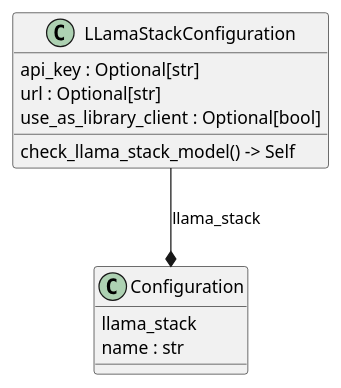
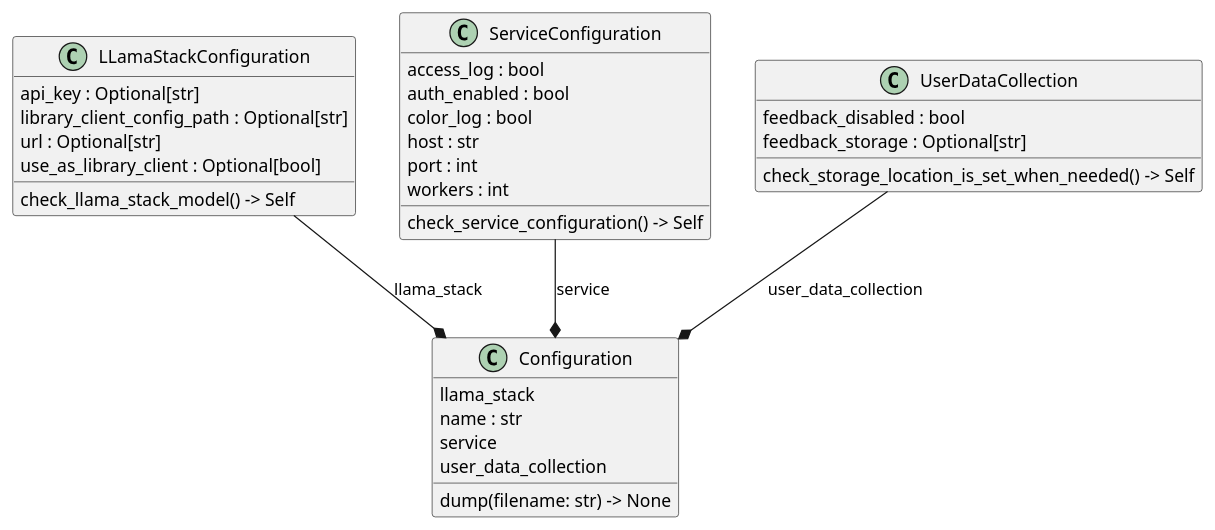
Before and after one commit to zszabo-rh/lightspeed-stack: the diagram in docs/config.puml, drawn with PlantUML. The commit also changed 1 other file, not shown here.

Commit message:
Regenerated config diagram

```diff
--- a/docs/config.puml
+++ b/docs/config.puml
@@ -1,14 +1,34 @@
 @startuml classes
 set namespaceSeparator none
 class "Configuration" as src.models.config.Configuration {
   llama_stack
   name : str
+  service
+  user_data_collection
+  dump(filename: str) -> None
 }
 class "LLamaStackConfiguration" as src.models.config.LLamaStackConfiguration {
   api_key : Optional[str]
+  library_client_config_path : Optional[str]
   url : Optional[str]
   use_as_library_client : Optional[bool]
   check_llama_stack_model() -> Self
 }
+class "ServiceConfiguration" as src.models.config.ServiceConfiguration {
+  access_log : bool
+  auth_enabled : bool
+  color_log : bool
+  host : str
+  port : int
+  workers : int
+  check_service_configuration() -> Self
+}
+class "UserDataCollection" as src.models.config.UserDataCollection {
+  feedback_disabled : bool
+  feedback_storage : Optional[str]
+  check_storage_location_is_set_when_needed() -> Self
+}
 src.models.config.LLamaStackConfiguration --* src.models.config.Configuration : llama_stack
+src.models.config.ServiceConfiguration --* src.models.config.Configuration : service
+src.models.config.UserDataCollection --* src.models.config.Configuration : user_data_collection
 @enduml
```
